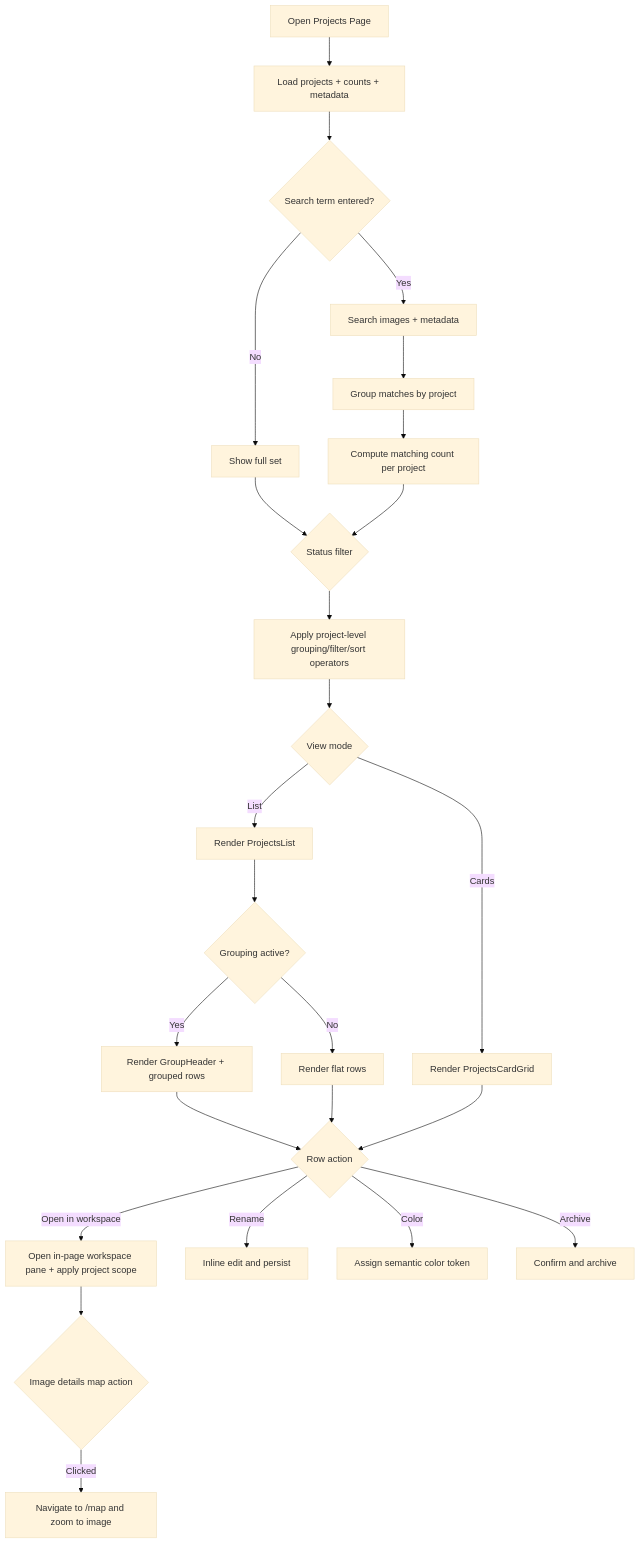
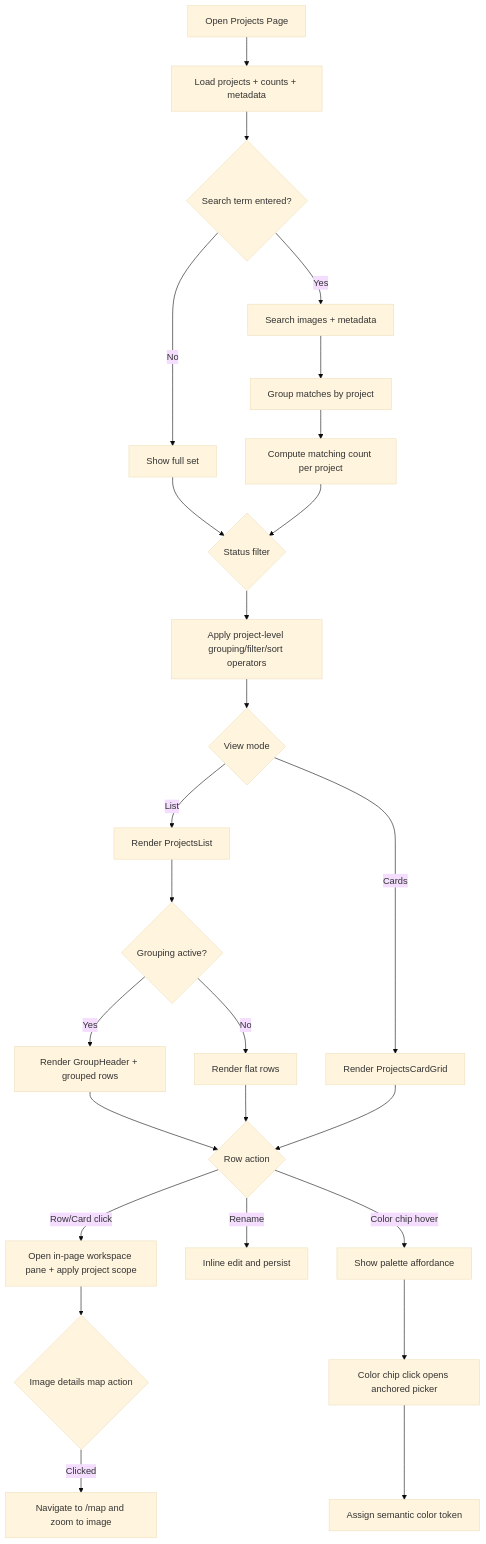
One commit to matkleve/feldpost changed the first of 5 diagrams in docs/element-specs/projects-page.md. Above: the diagram before and after it, drawn with Mermaid (base theme). The commit also changed other lines of this file and 26 other files, not shown here.

````diff
--- a/docs/element-specs/projects-page.md
+++ b/docs/element-specs/projects-page.md
@@ -44,27 +46,28 @@
 ```mermaid
 flowchart TD
 	A[Open Projects Page] --> B[Load projects + counts + metadata]
 	B --> C{Search term entered?}
 	C -- No --> D[Show full set]
 	C -- Yes --> E[Search images + metadata]
 	E --> E2[Group matches by project]
 	E2 --> E3[Compute matching count per project]
 	D --> F{Status filter}
 	E3 --> F
 	F --> G[Apply project-level grouping/filter/sort operators]
 	G --> H{View mode}
 	H -- List --> I[Render ProjectsList]
 	H -- Cards --> J[Render ProjectsCardGrid]
 	I --> I2{Grouping active?}
 	I2 -- Yes --> I3[Render GroupHeader + grouped rows]
 	I2 -- No --> I4[Render flat rows]
 	I3 --> K{Row action}
 	I4 --> K{Row action}
 	J --> K
-	K -- Open in workspace --> L[Open in-page workspace pane + apply project scope]
+	K -- Row/Card click --> L[Open in-page workspace pane + apply project scope]
 	K -- Rename --> M[Inline edit and persist]
-	K -- Color --> N[Assign semantic color token]
-	K -- Archive --> O[Confirm and archive]
-	L --> P{Image details map action}
-	P -- Clicked --> Q[Navigate to /map and zoom to image]
+	K -- Color chip hover --> N[Show palette affordance]
+	N --> O[Color chip click opens anchored picker]
+	O --> P[Assign semantic color token]
+	L --> Q{Image details map action}
+	Q -- Clicked --> R[Navigate to /map and zoom to image]
 ```
````
